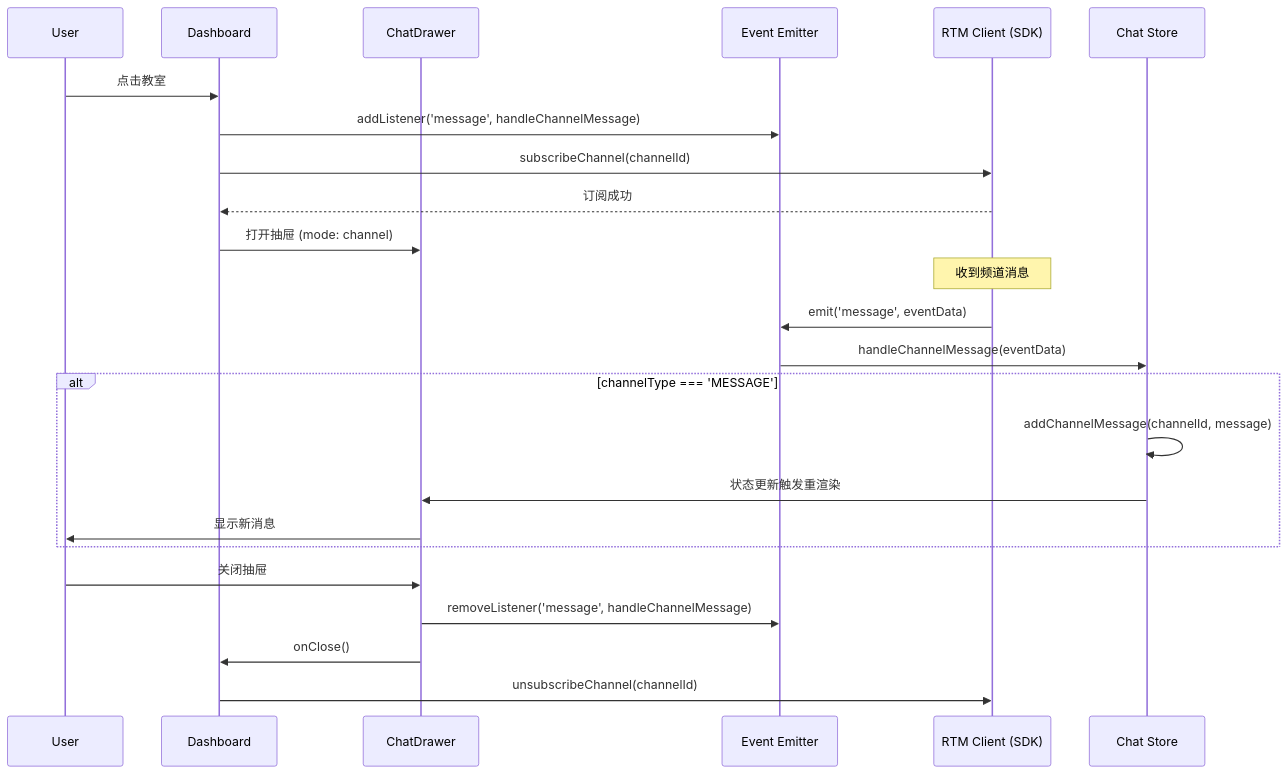
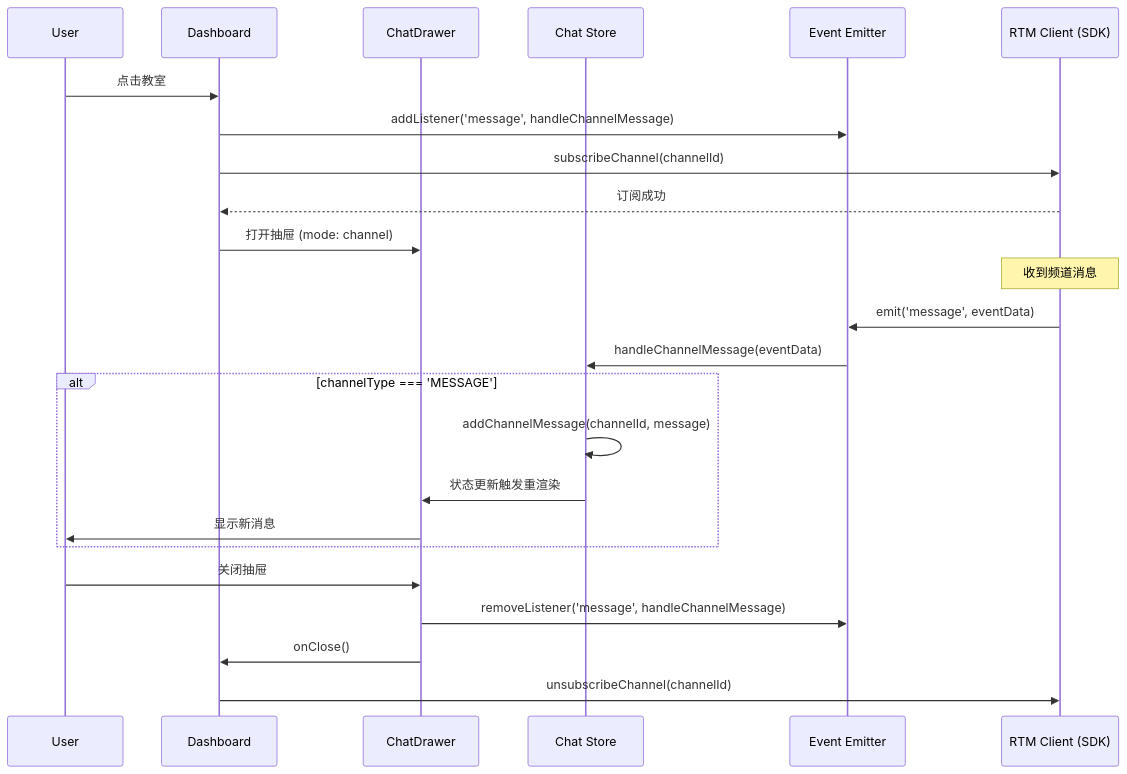
One commit to zhouxueqin0/WebRTM-Demos changed the third of 5 diagrams in docs/RTM_INTEGRATION.md. Above: the diagram before and after it, drawn with Mermaid. The commit also changed other lines of this file, not shown here.

````diff
--- a/docs/RTM_INTEGRATION.md
+++ b/docs/RTM_INTEGRATION.md
@@ -171,30 +171,30 @@
 ```mermaid
 sequenceDiagram
     participant User
     participant Dashboard
     participant ChatDrawer
+    participant ChatStore as Chat Store
     participant EventEmitter as Event Emitter
     participant RTMClient as RTM Client (SDK)
-    participant ChatStore as Chat Store
 
     User->>Dashboard: 点击教室
     Dashboard->>EventEmitter: addListener('message', handleChannelMessage)
     Dashboard->>RTMClient: subscribeChannel(channelId)
     RTMClient-->>Dashboard: 订阅成功
     Dashboard->>ChatDrawer: 打开抽屉 (mode: channel)
 
     Note over RTMClient: 收到频道消息
     RTMClient->>EventEmitter: emit('message', eventData)
     EventEmitter->>ChatStore: handleChannelMessage(eventData)
 
     alt channelType === 'MESSAGE'
         ChatStore->>ChatStore: addChannelMessage(channelId, message)
         ChatStore->>ChatDrawer: 状态更新触发重渲染
         ChatDrawer->>User: 显示新消息
     end
 
     User->>ChatDrawer: 关闭抽屉
     ChatDrawer->>EventEmitter: removeListener('message', handleChannelMessage)
     ChatDrawer->>Dashboard: onClose()
     Dashboard->>RTMClient: unsubscribeChannel(channelId)
 ```
````
